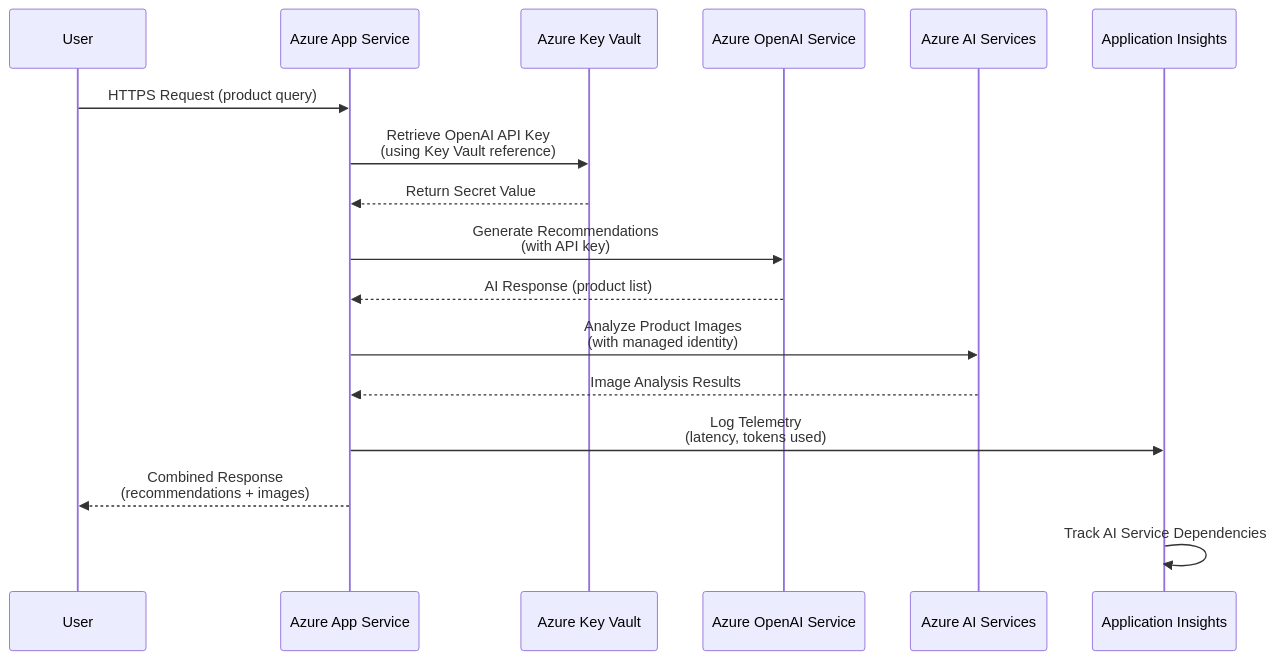
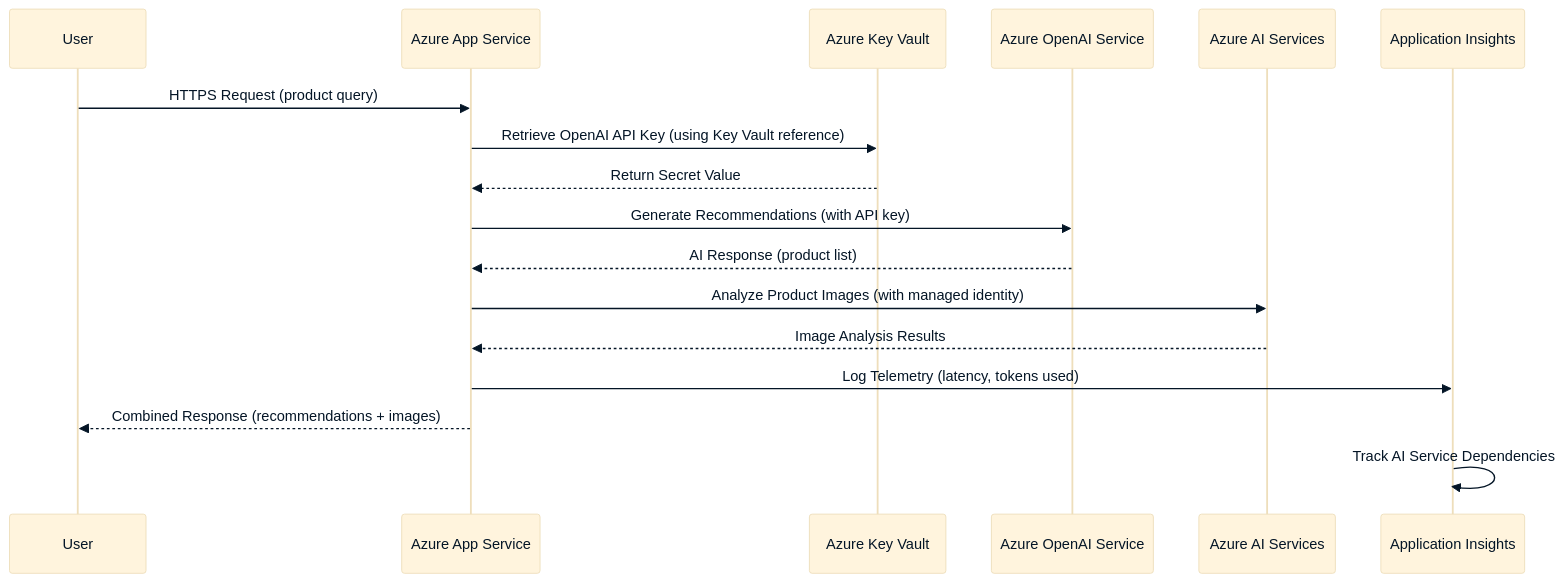
One commit to JeffKoMS/content-dev changed the diagram in output/20251030-093842-singleModule-azure-app-service-for-developers-who-are-creating-and-deploy/module-01-deploy-and-manage-ai-applications-on-azure-app-ser/03-configure-secure-integration-with-azure-ai-service.md. Above: the diagram before and after it, drawn with Mermaid. The commit also changed 1 other file, not shown here.

Commit message:
mermaid test

````diff
--- a/output/20251030-093842-singleModule-azure-app-service-for-developers-who-are-creating-and-deploy/module-01-deploy-and-manage-ai-applications-on-azure-app-ser/03-configure-secure-integration-with-azure-ai-service.md
+++ b/output/20251030-093842-singleModule-azure-app-service-for-developers-who-are-creating-and-deploy/module-01-deploy-and-manage-ai-applications-on-azure-app-ser/03-configure-secure-integration-with-azure-ai-service.md
@@ -33,20 +33,28 @@
 ```mermaid
+%%{init: {'theme':'base', 'themeVariables': {
+    'background': '#ffffff',
+    'primaryTextColor': '#041526',
+    'actorTextColor': '#041526',
+    'lineColor': '#041526',
+    'fontFamily': 'Segoe UI, Roboto, Arial, sans-serif',
+    'fontSize': '16px'
+}}}%%
 sequenceDiagram
-    participant User
-    participant AppService as Azure App Service
-    participant KeyVault as Azure Key Vault
-    participant OpenAI as Azure OpenAI Service
-    participant AIServices as Azure AI Services
-    participant AppInsights as Application Insights
-    
-    User->>AppService: HTTPS Request (product query)
-    AppService->>KeyVault: Retrieve OpenAI API Key<br/>(using Key Vault reference)
-    KeyVault-->>AppService: Return Secret Value
-    AppService->>OpenAI: Generate Recommendations<br/>(with API key)
-    OpenAI-->>AppService: AI Response (product list)
-    AppService->>AIServices: Analyze Product Images<br/>(with managed identity)
-    AIServices-->>AppService: Image Analysis Results
-    AppService->>AppInsights: Log Telemetry<br/>(latency, tokens used)
-    AppService-->>User: Combined Response<br/>(recommendations + images)
-    AppInsights->>AppInsights: Track AI Service Dependencies
+        participant User
+        participant AppService as Azure App Service
+        participant KeyVault as Azure Key Vault
+        participant OpenAI as Azure OpenAI Service
+        participant AIServices as Azure AI Services
+        participant AppInsights as Application Insights
+
+        User->>AppService: HTTPS Request (product query)
+        AppService->>KeyVault: Retrieve OpenAI API Key (using Key Vault reference)
+        KeyVault-->>AppService: Return Secret Value
+        AppService->>OpenAI: Generate Recommendations (with API key)
+        OpenAI-->>AppService: AI Response (product list)
+        AppService->>AIServices: Analyze Product Images (with managed identity)
+        AIServices-->>AppService: Image Analysis Results
+        AppService->>AppInsights: Log Telemetry (latency, tokens used)
+        AppService-->>User: Combined Response (recommendations + images)
+        AppInsights->>AppInsights: Track AI Service Dependencies
 ```
````
